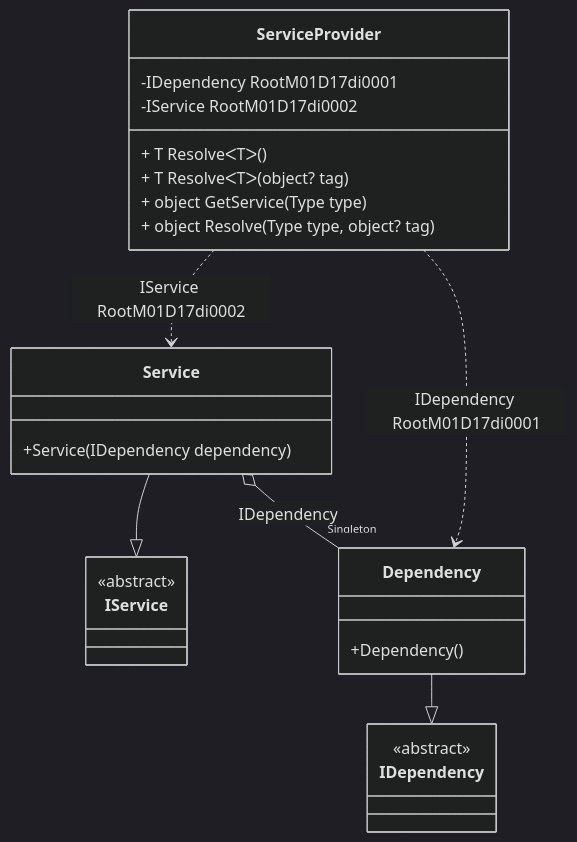
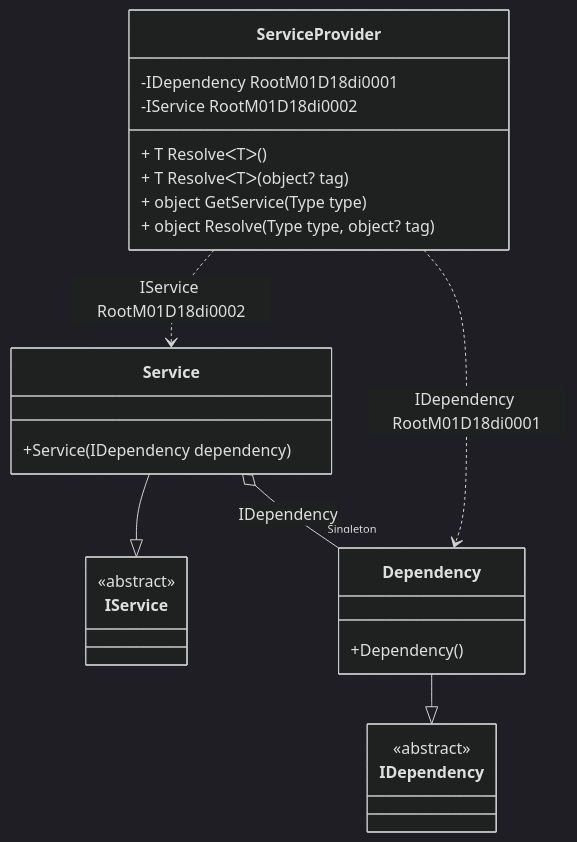
Before and after one commit to DevTeam/Pure.DI: the diagram in readme/service-provider.md, drawn with Mermaid (dark theme). The commit also changed other lines of this file and 84 other files, not shown here.

````diff
--- a/readme/service-provider.md
+++ b/readme/service-provider.md
@@ -46,28 +46,28 @@
 ```mermaid
 classDiagram
   class ServiceProvider {
-    -IDependency RootM01D17di0001
-    -IService RootM01D17di0002
+    -IDependency RootM01D18di0001
+    -IService RootM01D18di0002
     + T ResolveᐸTᐳ()
     + T ResolveᐸTᐳ(object? tag)
     + object GetService(Type type)
     + object Resolve(Type type, object? tag)
   }
   Service --|> IService : 
   class Service {
     +Service(IDependency dependency)
   }
   Dependency --|> IDependency : 
   class Dependency {
     +Dependency()
   }
   class IService {
     <<abstract>>
   }
   class IDependency {
     <<abstract>>
   }
   Service o--  "Singleton" Dependency : IDependency
-  ServiceProvider ..> Dependency : IDependency RootM01D17di0001
-  ServiceProvider ..> Service : IService RootM01D17di0002
+  ServiceProvider ..> Dependency : IDependency RootM01D18di0001
+  ServiceProvider ..> Service : IService RootM01D18di0002
 ```
````
